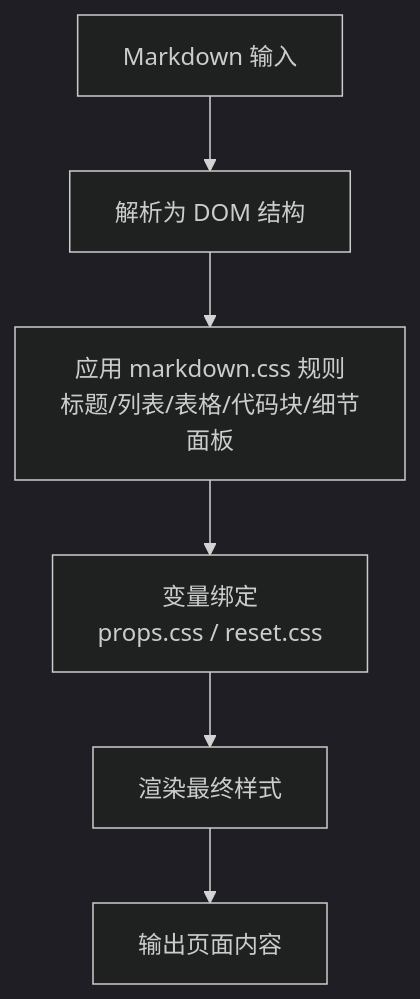
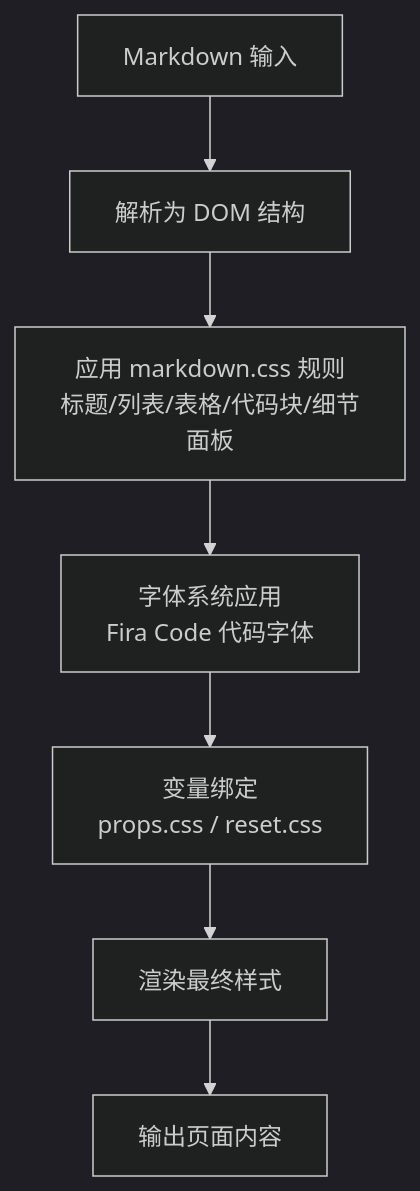
The fourth of 7 diagrams in .qoder/repowiki/zh/content/主题和样式系统.md (NTLx/ntlx.github.io), drawn with Mermaid (dark theme) before and after one commit. The commit also changed other lines of this file and 7 other files, not shown here.

````diff
--- a/.qoder/repowiki/zh/content/主题和样式系统.md
+++ b/.qoder/repowiki/zh/content/主题和样式系统.md
@@ -144,8 +186,9 @@
 ```mermaid
 flowchart TD
 MDStart["Markdown 输入"] --> Parse["解析为 DOM 结构"]
 Parse --> ApplyRules["应用 markdown.css 规则<br/>标题/列表/表格/代码块/细节面板"]
-ApplyRules --> VarsBind["变量绑定<br/>props.css / reset.css"]
+ApplyRules --> FontSystem["字体系统应用<br/>Fira Code 代码字体"]
+FontSystem --> VarsBind["变量绑定<br/>props.css / reset.css"]
 VarsBind --> RenderMD["渲染最终样式"]
 RenderMD --> MDEnd["输出页面内容"]
 ```
````
